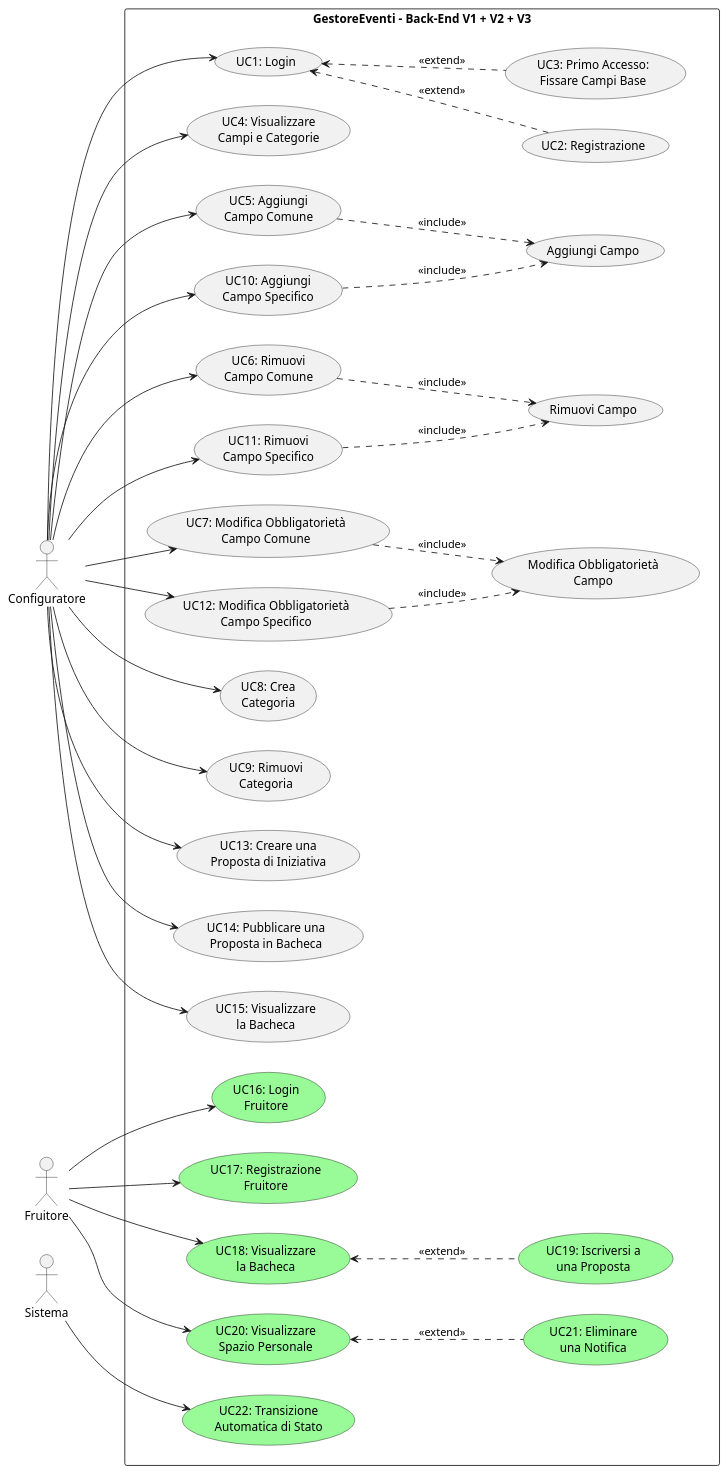
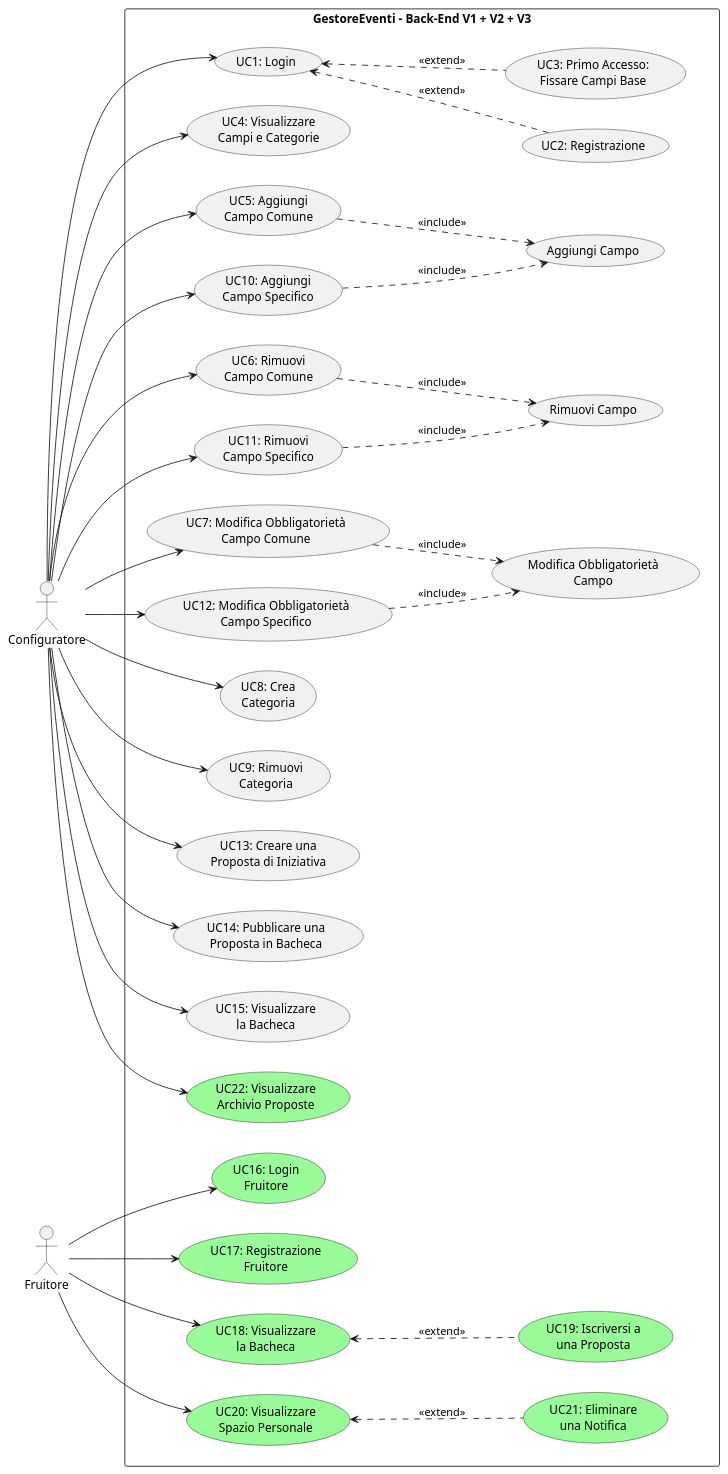
Before and after one commit to brahimgrr/GestoreEventi: the diagram in doc/v3/UC V3.puml, drawn with PlantUML. The commit also changed 7 other files, not shown here.

Commit message:
Add use case documentation and diagrams for versions V1 through V5

```diff
--- a/doc/v3/UC V3.puml
+++ b/doc/v3/UC V3.puml
@@ -1,99 +1,95 @@
 @startuml
 left to right direction
 
 actor Configuratore as C
 actor Fruitore as F
-actor Sistema as S
 
 rectangle "GestoreEventi - Back-End V1 + V2 + V3" {
 
 ' ================= LEFT SIDE =================
 together {
   usecase "UC1: Login" as Login
   usecase "UC2: Registrazione" as Reg
   usecase "UC3: Primo Accesso:\nFissare Campi Base" as Primo
 
   usecase "UC4: Visualizzare\nCampi e Categorie" as Vis
 
   usecase "UC5: Aggiungi\nCampo Comune" as ACC
   usecase "UC10: Aggiungi\nCampo Specifico" as ACS
   usecase "Aggiungi Campo" as AC
 
   usecase "UC6: Rimuovi\nCampo Comune" as RCC
   usecase "UC11: Rimuovi\nCampo Specifico" as RCS
   usecase "Rimuovi Campo" as RC
 
   usecase "UC7: Modifica Obbligatorietà\nCampo Comune" as MOCC
   usecase "UC12: Modifica Obbligatorietà\nCampo Specifico" as MOCS
   usecase "Modifica Obbligatorietà\nCampo" as MO
 
   usecase "UC8: Crea\nCategoria" as CreaCat
   usecase "UC9: Rimuovi\nCategoria" as RimCat
 
   usecase "UC13: Creare una\nProposta di Iniziativa" as CreaProp
   usecase "UC14: Pubblicare una\nProposta in Bacheca" as PubProp
   usecase "UC15: Visualizzare\nla Bacheca" as VisBach
+  usecase "UC22: Visualizzare\nArchivio Proposte" as VisArch #PaleGreen
 }
 
 ' ================= RIGHT SIDE =================
 together {
   usecase "UC16: Login\nFruitore" as LoginF #PaleGreen
   usecase "UC17: Registrazione\nFruitore" as RegF #PaleGreen
 
   usecase "UC18: Visualizzare\nla Bacheca" as VisBachF #PaleGreen
   usecase "UC19: Iscriversi a\nuna Proposta" as Iscrivi #PaleGreen
 
   usecase "UC20: Visualizzare\nSpazio Personale" as VisSP #PaleGreen
   usecase "UC21: Eliminare\nuna Notifica" as DelNot #PaleGreen
-
-  usecase "UC22: Transizione\nAutomatica di Stato" as TransAuto #PaleGreen
 }
 
 ' ===== FORCE HORIZONTAL POSITION =====
 Login -[hidden]right-> LoginF
 
 ' ================= RELATIONSHIPS =================
 Login <.. Reg : <<extend>>
 Login <.. Primo : <<extend>>
 
 ACC ..> AC : <<include>>
 ACS ..> AC : <<include>>
 
 RCC ..> RC : <<include>>
 RCS ..> RC : <<include>>
 
 MOCC ..> MO : <<include>>
 MOCS ..> MO : <<include>>
 
 VisBachF <.. Iscrivi : <<extend>>
 VisSP <.. DelNot : <<extend>>
 
 }
 
 ' ================= ACTOR LINKS =================
 C --> Login
 C --> Vis
 C --> ACC
 C --> RCC
 C --> MOCC
 C --> CreaCat
 C --> RimCat
 C --> ACS
 C --> RCS
 C --> MOCS
 C --> CreaProp
 C --> PubProp
 C --> VisBach
+C --> VisArch
 
 F --> LoginF
 F --> RegF
 F --> VisBachF
 F --> VisSP
 
-S --> TransAuto
-
 ' ===== FORCE ACTORS TO THE RIGHT =====
 C -[hidden]right-> F
-F -[hidden]right-> S
 
 @enduml
```
